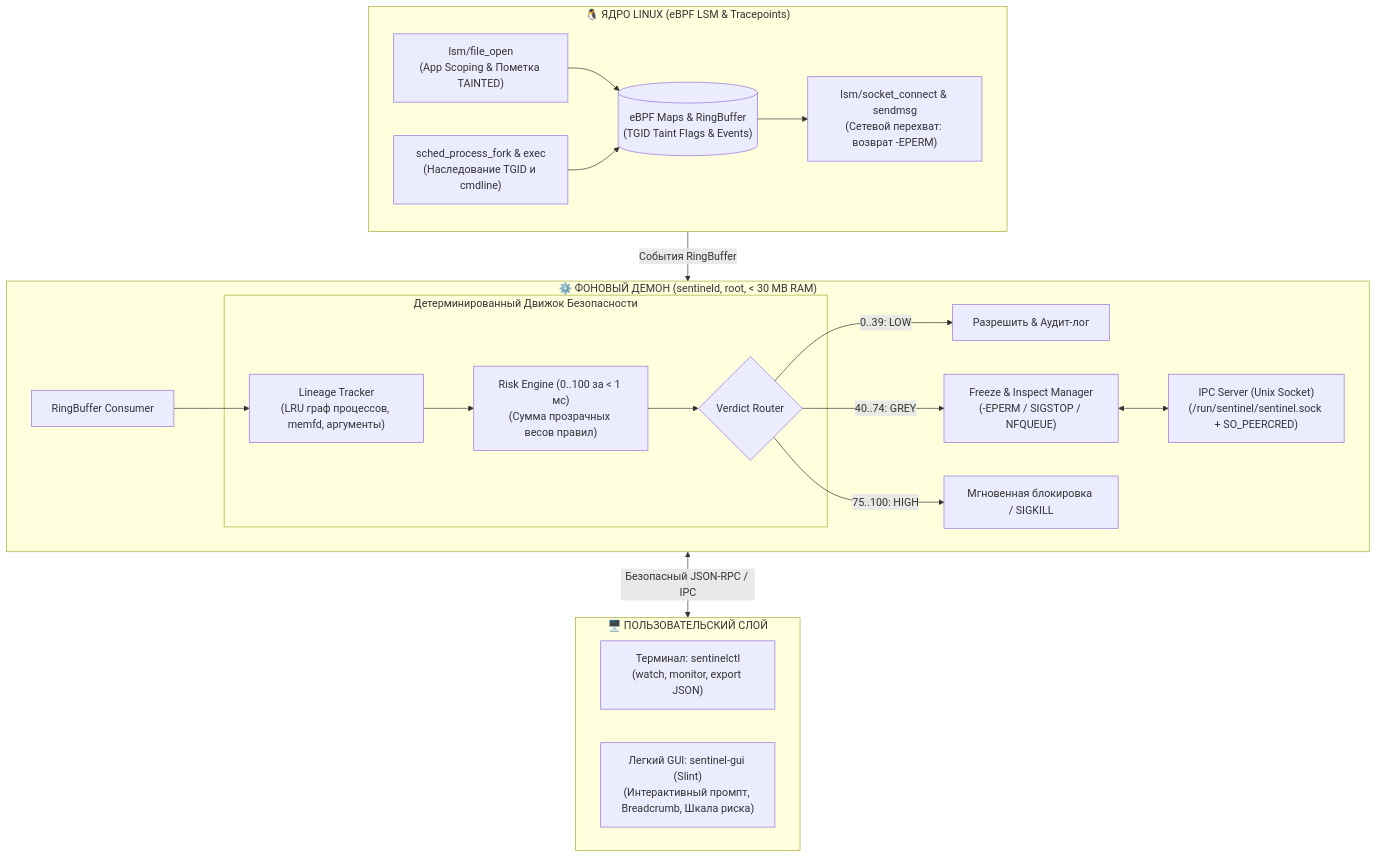
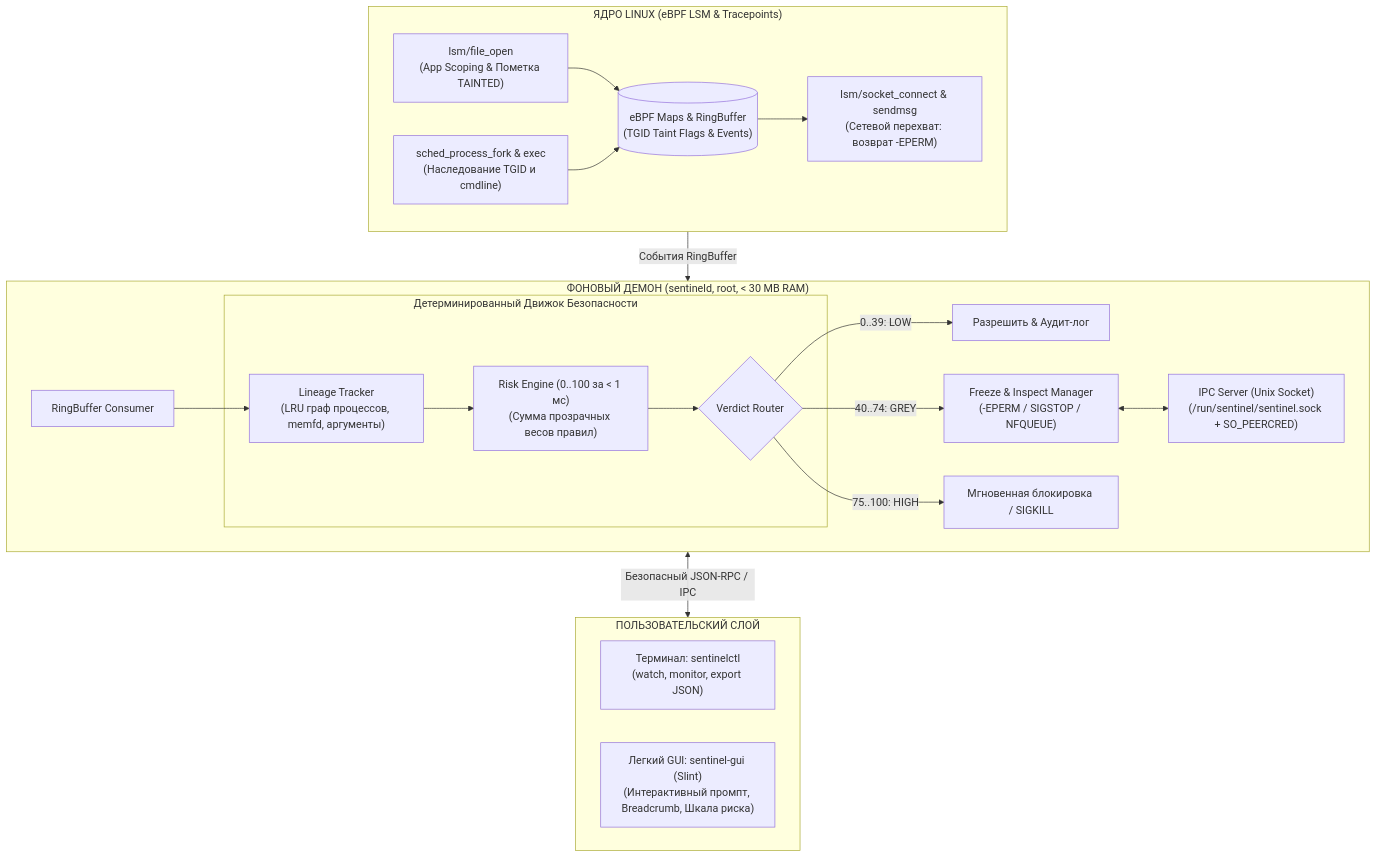
The diagram in README.md (woifik560/sentinel-rs), drawn with Mermaid before and after one commit. The commit also changed other lines of this file and 1 other file, not shown here.

````diff
--- a/README.md
+++ b/README.md
@@ -60,43 +59,43 @@
 ```mermaid
 flowchart TD
-    subgraph Kernel["🐧 ЯДРО LINUX (eBPF LSM & Tracepoints)"]
+    subgraph Kernel["ЯДРО LINUX (eBPF LSM & Tracepoints)"]
         LSM_FILE["lsm/file_open<br/>(App Scoping & Пометка TAINTED)"]
         SCHED_FORK["sched_process_fork & exec<br/>(Наследование TGID и cmdline)"]
         LSM_NET["lsm/socket_connect & sendmsg<br/>(Сетевой перехват: возврат -EPERM)"]
         MAPS[("eBPF Maps & RingBuffer<br/>(TGID Taint Flags & Events)")]
         
         LSM_FILE --> MAPS
         SCHED_FORK --> MAPS
         MAPS --> LSM_NET
     end
 
-    subgraph Daemon["⚙️ ФОНОВЫЙ ДЕМОН (sentineld, root, < 30 MB RAM)"]
+    subgraph Daemon["ФОНОВЫЙ ДЕМОН (sentineld, root, < 30 MB RAM)"]
         RING_BUF["RingBuffer Consumer"]
         
         subgraph Engine["Детерминированный Движок Безопасности"]
             LINEAGE["Lineage Tracker<br/>(LRU граф процессов, memfd, аргументы)"]
             RISK["Risk Engine (0..100 за < 1 мс)<br/>(Сумма прозрачных весов правил)"]
             ROUTER{"Verdict Router"}
         end
 
         IPC_SOCK["IPC Server (Unix Socket)<br/>(/run/sentinel/sentinel.sock + SO_PEERCRED)"]
 
         RING_BUF --> LINEAGE
         LINEAGE --> RISK
         RISK --> ROUTER
         
         ROUTER -->|0..39: LOW| ALLOW["Разрешить & Аудит-лог"]
         ROUTER -->|40..74: GREY| PROMPT_MGR["Freeze & Inspect Manager<br/>(-EPERM / SIGSTOP / NFQUEUE)"]
         ROUTER -->|75..100: HIGH| BLOCK["Мгновенная блокировка / SIGKILL"]
 
         PROMPT_MGR <--> IPC_SOCK
     end
 
-    subgraph Clients["🖥️ ПОЛЬЗОВАТЕЛЬСКИЙ СЛОЙ"]
+    subgraph Clients["ПОЛЬЗОВАТЕЛЬСКИЙ СЛОЙ"]
         CLI["Терминал: sentinelctl<br/>(watch, monitor, export JSON)"]
         GUI["Легкий GUI: sentinel-gui (Slint)<br/>(Интерактивный промпт, Breadcrumb, Шкала риска)"]
     end
 
     Kernel -->|События RingBuffer| Daemon
     Daemon <-->|Безопасный JSON-RPC / IPC| Clients
 ```
````
